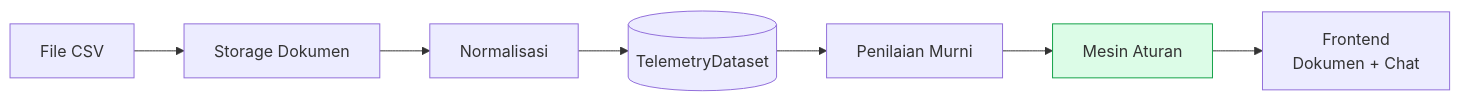
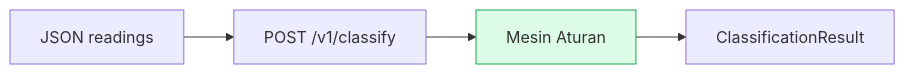
The diagram in App/service/classification/docs/01-overview.md (edo-z/classify-pump-failure), drawn with Mermaid before and after one commit. The commit also changed other lines of this file and 103 other files, not shown here.

````diff
--- a/App/service/classification/docs/01-overview.md
+++ b/App/service/classification/docs/01-overview.md
@@ -23,12 +22,9 @@
 ```mermaid
 flowchart LR
-    CSV[File CSV] --> Storage[Storage Dokumen]
-    Storage --> Normalisasi[Normalisasi]
-    Normalisasi --> DS[(TelemetryDataset)]
-    DS --> Batch[Penilaian Murni]
-    Batch --> Engine[Mesin Aturan]
-    Engine --> FE[Frontend\nDokumen + Chat]
+    JSON[JSON readings] --> V1[POST /v1/classify]
+    V1 --> Engine[Mesin Aturan]
+    Engine --> Resp[ClassificationResult]
 
     classDef pure fill:#dcfce7,stroke:#16a34a
     class Engine pure
 ```
````
